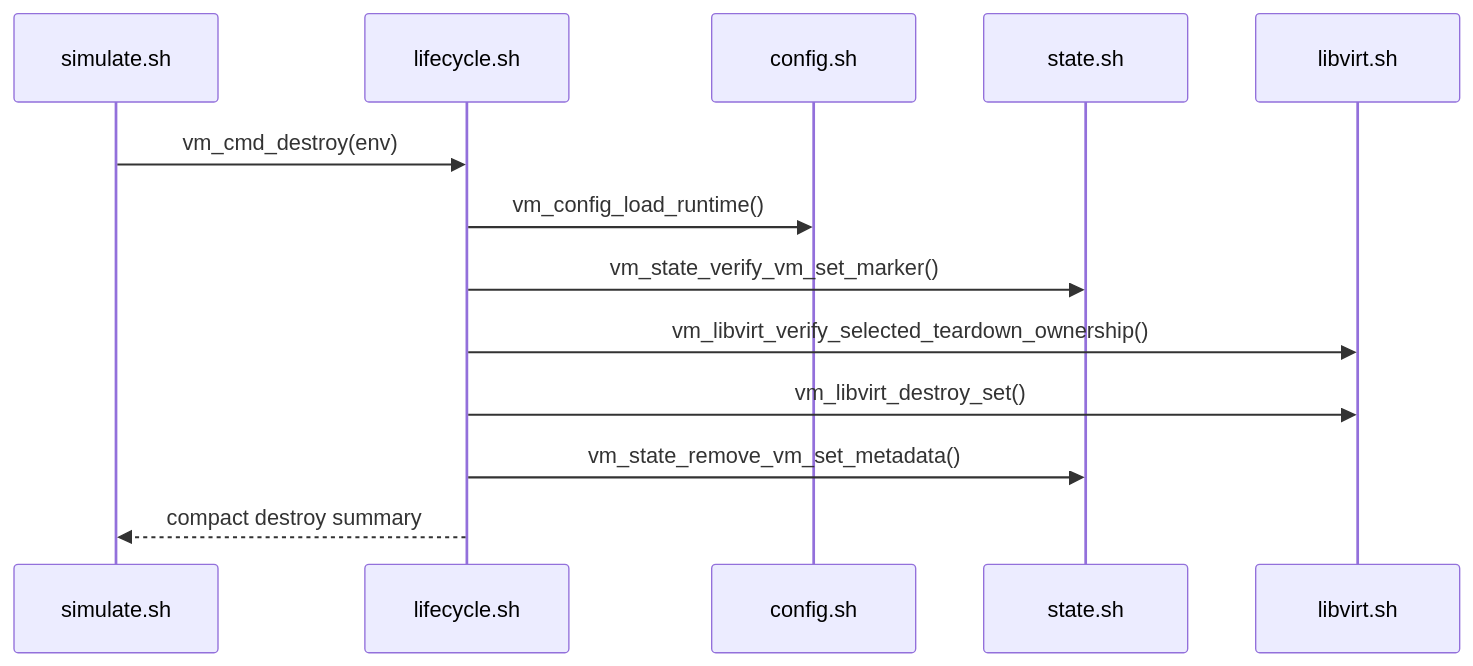
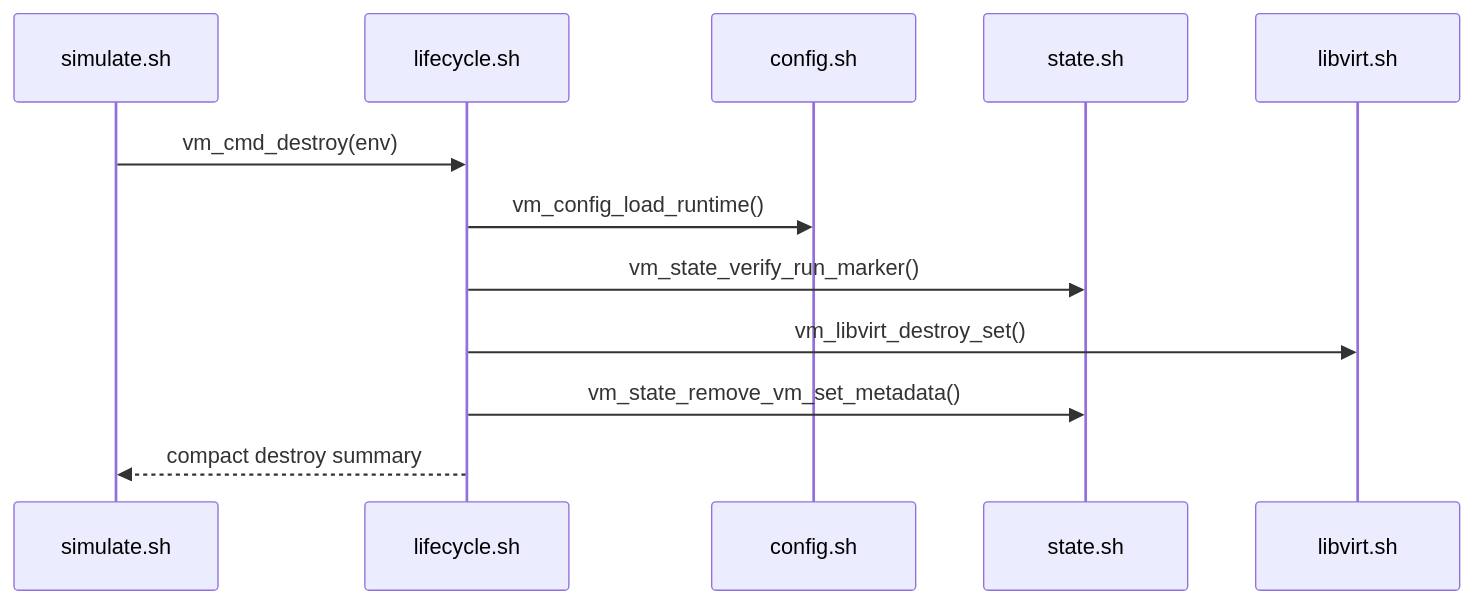
One commit to NoNine/loopforge changed diagram 18 of 19 in simulation/vm/sequences.md. Above: the diagram before and after it, drawn with Mermaid. The commit also changed other lines of this file and 4 other files, not shown here.

````diff
--- a/simulation/vm/sequences.md
+++ b/simulation/vm/sequences.md
@@ -355,16 +356,15 @@
 ```mermaid
 sequenceDiagram
   participant CLI as simulate.sh
   participant LC as lifecycle.sh
   participant CFG as config.sh
   participant ST as state.sh
   participant LV as libvirt.sh
 
   CLI->>LC: vm_cmd_destroy(env)
   LC->>CFG: vm_config_load_runtime()
-  LC->>ST: vm_state_verify_vm_set_marker()
-  LC->>LV: vm_libvirt_verify_selected_teardown_ownership()
+  LC->>ST: vm_state_verify_run_marker()
   LC->>LV: vm_libvirt_destroy_set()
   LC->>ST: vm_state_remove_vm_set_metadata()
   LC-->>CLI: compact destroy summary
 ```
````
